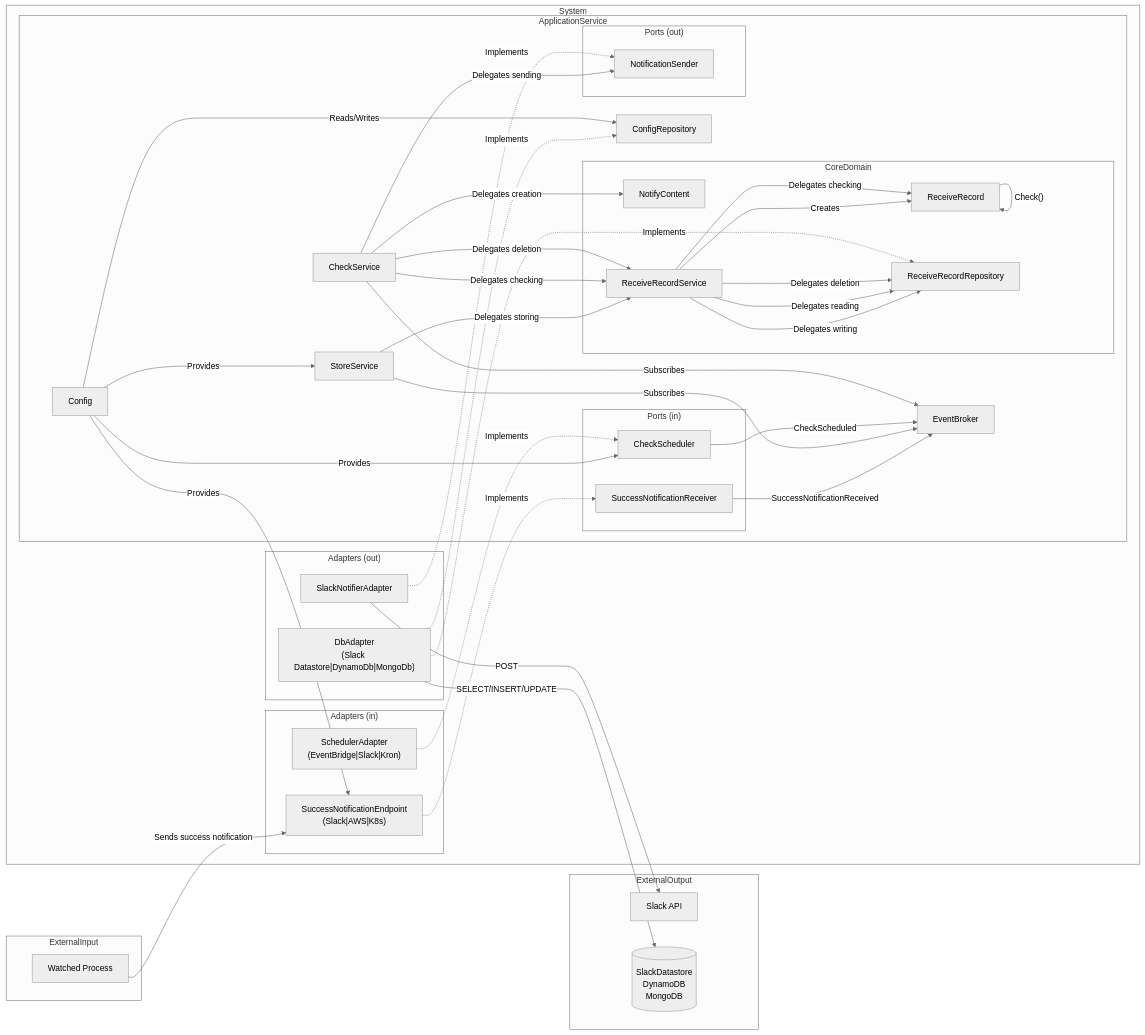
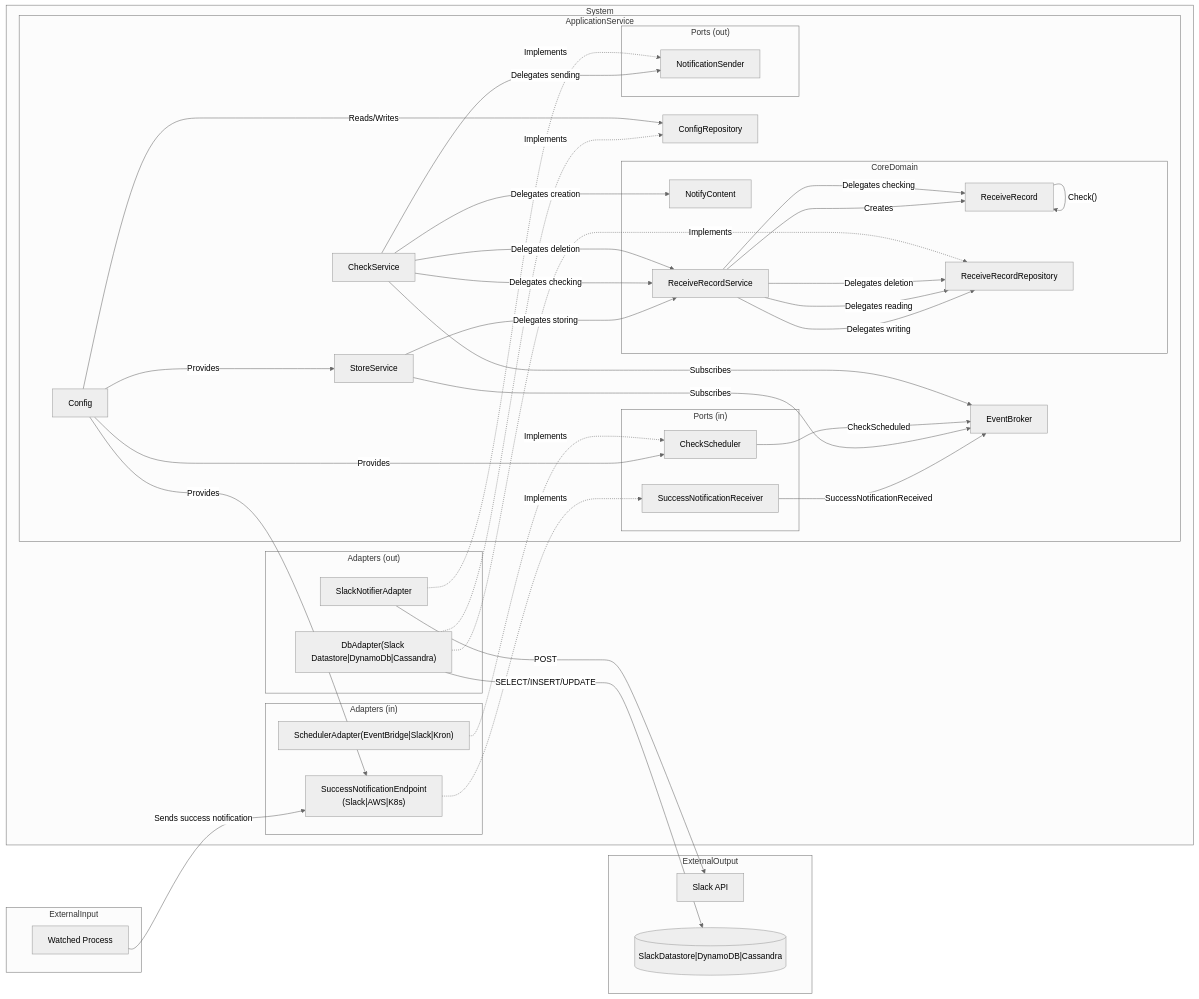
Before and after one commit to Rindrics/success-notification-aggregator: the diagram in README.md, drawn with Mermaid (neutral theme). The commit also changed other lines of this file, not shown here.

Commit message:
Smallfix

````diff
--- a/README.md
+++ b/README.md
@@ -22,76 +22,76 @@
 ```mermaid
 flowchart LR
     subgraph ExternalInput
         BatchSystem[Watched Process]
     end
     subgraph ExternalOutput
         SlackAPI[Slack API]
-        DB[("SlackDatastore\nDynamoDB\nMongoDB\n")]
+        DB[("SlackDatastore|DynamoDB|Cassandra")]
     end
 
     subgraph System
         subgraph InAdapters["Adapters (in)"]
             SuccessNotificationEndpoint["SuccessNotificationEndpoint\n(Slack|AWS|K8s)"]
-            CheckSchedulerAdapters["SchedulerAdapter\n(EventBridge|Slack|Kron)"]
+            CheckSchedulerAdapters["SchedulerAdapter(EventBridge|Slack|Kron)"]
         end
 
         subgraph OutAdapters["Adapters (out)"]
             SlackNotifierAdapter
-            DbAdapters["DbAdapter\n(Slack Datastore|DynamoDb|MongoDb)"]
+            DbAdapters["DbAdapter(Slack Datastore|DynamoDb|Cassandra)"]
         end
 
         subgraph ApplicationService
             Config
             ConfigRepository
             StoreService
             CheckService
             EventBroker
 
             subgraph CoreDomain
                 ReceiveRecord
                 NotifyContent
                 ReceiveRecordRepository
                 ReceiveRecordService
             end
 
             subgraph IncomingPorts["Ports (in)"]
                 SuccessNotificationReceiver
                 CheckScheduler
             end
 
             subgraph OutgoingPorts["Ports (out)"]
                 NotificationSender
             end
         end
     end
 
     %% Data Flow
     BatchSystem --> |Sends success notification| SuccessNotificationEndpoint
     SuccessNotificationEndpoint -.-> |Implements| SuccessNotificationReceiver
     SuccessNotificationReceiver --> |SuccessNotificationReceived| EventBroker
     StoreService --> |Subscribes| EventBroker
     StoreService --> |Delegates storing| ReceiveRecordService
     ReceiveRecordService --> |Creates| ReceiveRecord
     ReceiveRecordService --> |Delegates writing| ReceiveRecordRepository
     Config --> |Provides| SuccessNotificationEndpoint
     Config --> |Provides| StoreService
     Config --> |Provides| CheckScheduler
     CheckScheduler --> |CheckScheduled| EventBroker
     CheckService --> |Subscribes| EventBroker
     CheckService --> |Delegates checking| ReceiveRecordService
     ReceiveRecordService --> |Delegates checking| ReceiveRecord
     ReceiveRecord --> |"Check()"| ReceiveRecord
     ReceiveRecordService --> |Delegates reading| ReceiveRecordRepository
     CheckService --> |Delegates creation| NotifyContent
     CheckService --> |Delegates sending| NotificationSender
     SlackNotifierAdapter --> |POST| SlackAPI
     SlackNotifierAdapter -.-> |Implements| NotificationSender
     CheckService --> |Delegates deletion| ReceiveRecordService
     ReceiveRecordService --> |Delegates deletion| ReceiveRecordRepository
     DbAdapters -.-> |Implements| ReceiveRecordRepository
     DbAdapters -.-> |Implements| ConfigRepository
     DbAdapters  --> |SELECT/INSERT/UPDATE| DB
     CheckSchedulerAdapters -.-> |Implements| CheckScheduler
     Config --> |Reads/Writes| ConfigRepository
     ExternalInput ~~~ InAdapters
 ```
````
